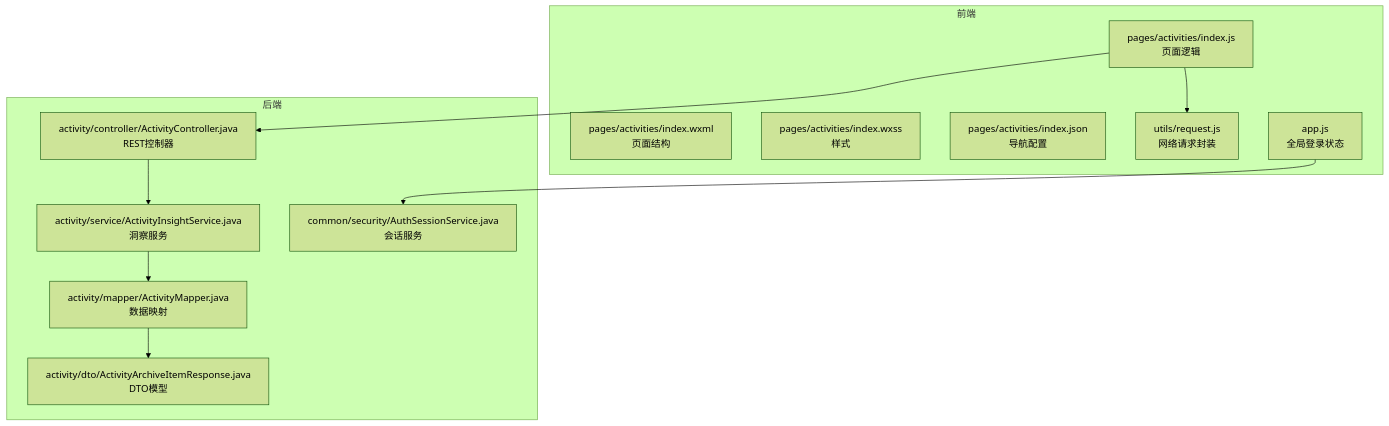
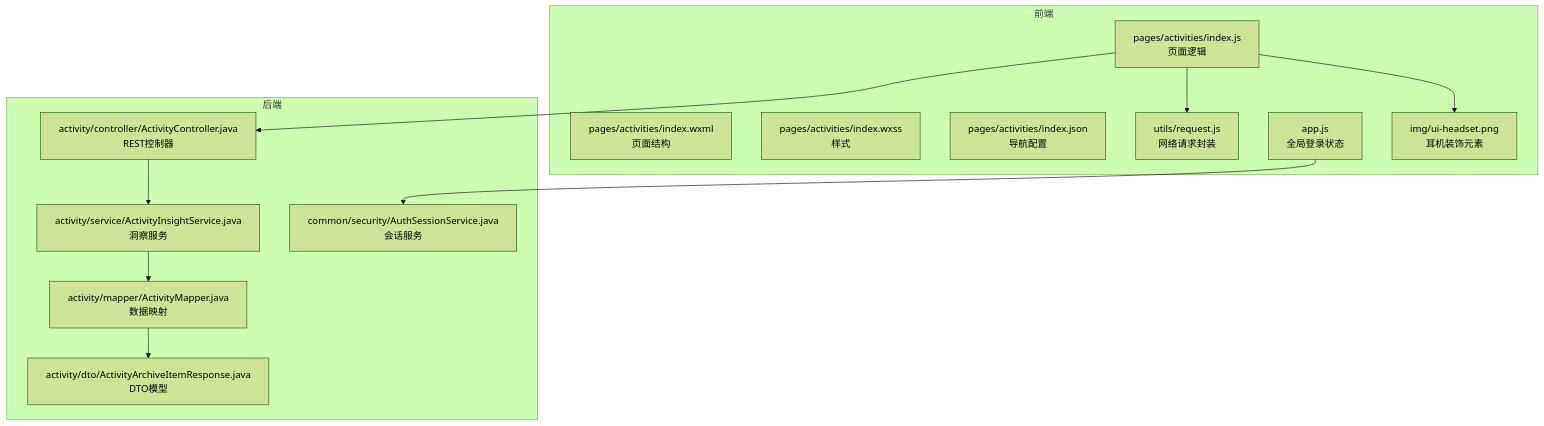
One commit to cwxiao/zugeju changed the first of 6 diagrams in .qoder/repowiki/zh/content/前端开发/页面组件开发/活动列表页面开发.md. Above: the diagram before and after it, drawn with Mermaid (forest theme). The commit also changed other lines of this file and 39 other files, not shown here.

First line of the commit message:
前端优化：压缩UI装饰图至38KB + 精简各页面冗余文案

````diff
--- a/.qoder/repowiki/zh/content/前端开发/页面组件开发/活动列表页面开发.md
+++ b/.qoder/repowiki/zh/content/前端开发/页面组件开发/活动列表页面开发.md
@@ -44,24 +52,26 @@
 ```mermaid
 graph TB
 subgraph "前端"
 A["pages/activities/index.js<br/>页面逻辑"]
 B["pages/activities/index.wxml<br/>页面结构"]
 C["pages/activities/index.wxss<br/>样式"]
 D["pages/activities/index.json<br/>导航配置"]
 E["utils/request.js<br/>网络请求封装"]
 F["app.js<br/>全局登录状态"]
+G["img/ui-headset.png<br/>耳机装饰元素"]
 end
 subgraph "后端"
-G["activity/controller/ActivityController.java<br/>REST控制器"]
-H["activity/service/ActivityInsightService.java<br/>洞察服务"]
-I["activity/mapper/ActivityMapper.java<br/>数据映射"]
-J["activity/dto/ActivityArchiveItemResponse.java<br/>DTO模型"]
-K["common/security/AuthSessionService.java<br/>会话服务"]
+H["activity/controller/ActivityController.java<br/>REST控制器"]
+I["activity/service/ActivityInsightService.java<br/>洞察服务"]
+J["activity/mapper/ActivityMapper.java<br/>数据映射"]
+K["activity/dto/ActivityArchiveItemResponse.java<br/>DTO模型"]
+L["common/security/AuthSessionService.java<br/>会话服务"]
 end
 A --> E
 A --> G
-G --> H
+A --> H
 H --> I
 I --> J
-F --> K
+J --> K
+F --> L
 ```
````
